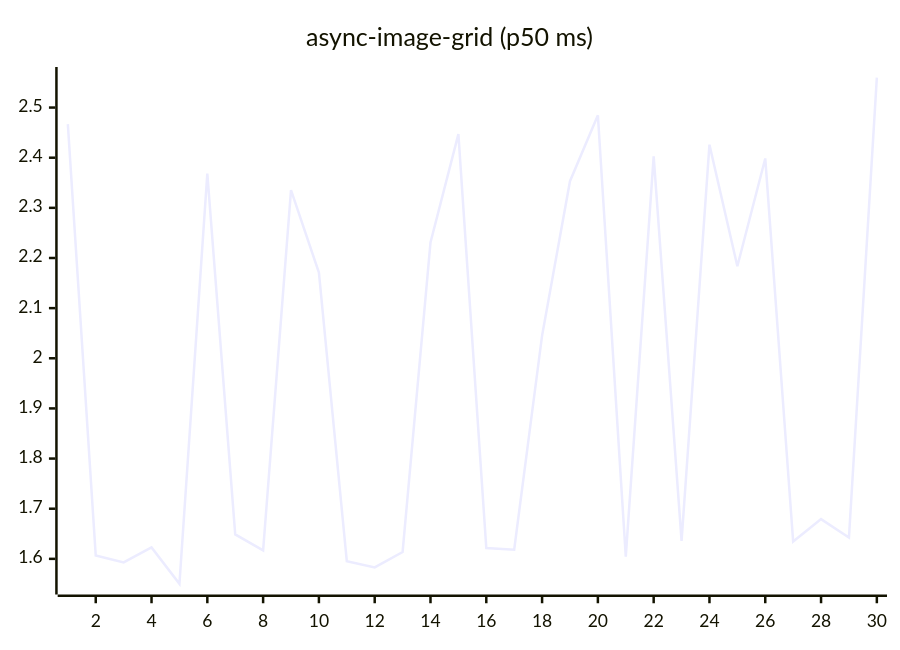
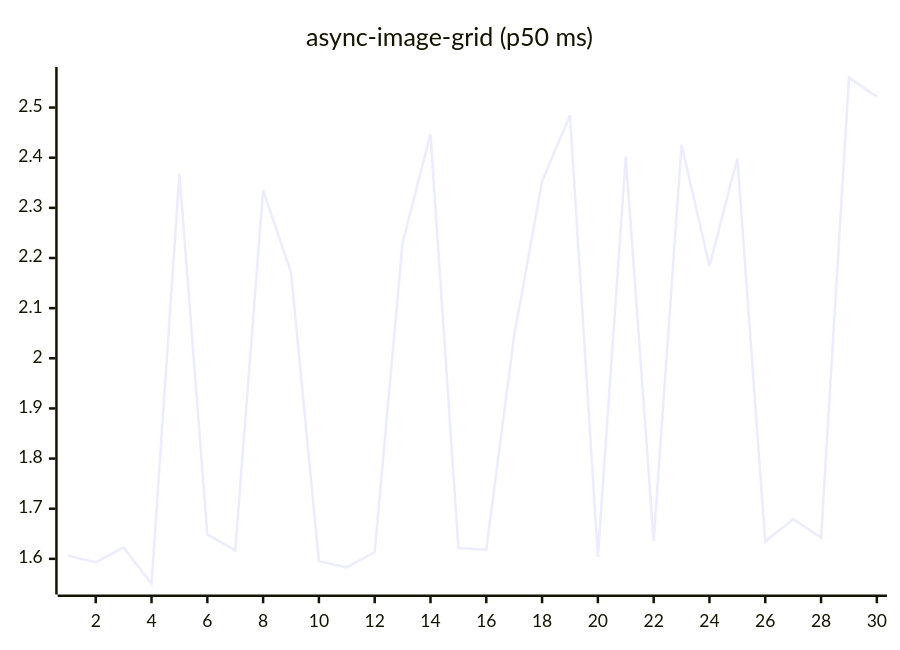
The fifth of 27 diagrams in README.md (josha/Facet), drawn with Mermaid before and after one commit. The commit also changed other lines of this file and 2 other files, not shown here.

````diff
--- a/README.md
+++ b/README.md
@@ -91,6 +91,6 @@
 ```mermaid
 xychart-beta
     title "async-image-grid (p50 ms)"
     x-axis 1 --> 30
-    line [2.4670, 1.6066, 1.5928, 1.6229, 1.5501, 2.3685, 1.6487, 1.6169, 2.3355, 2.1710, 1.5954, 1.5829, 1.6137, 2.2308, 2.4470, 1.6216, 1.6184, 2.0452, 2.3531, 2.4847, 1.6045, 2.4025, 1.6357, 2.4260, 2.1835, 2.3985, 1.6346, 1.6792, 1.6424, 2.5597]
+    line [1.6066, 1.5928, 1.6229, 1.5501, 2.3685, 1.6487, 1.6169, 2.3355, 2.1710, 1.5954, 1.5829, 1.6137, 2.2308, 2.4470, 1.6216, 1.6184, 2.0452, 2.3531, 2.4847, 1.6045, 2.4025, 1.6357, 2.4260, 2.1835, 2.3985, 1.6346, 1.6792, 1.6424, 2.5597, 2.5214]
 ```
````
